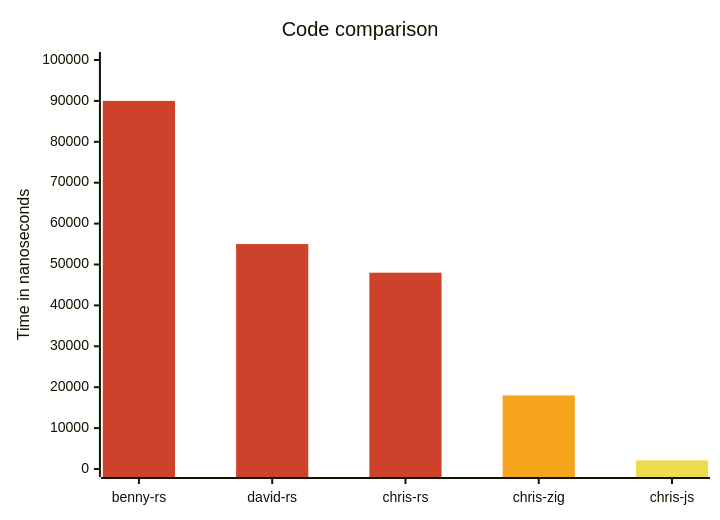
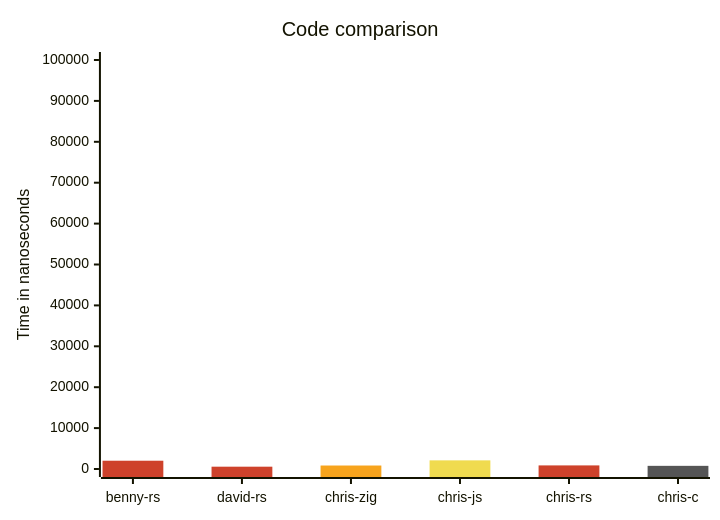
One commit to chris-heathwood/js-faster-than-rust changed the second of 2 diagrams in README.md. Above: the diagram before and after it, drawn with Mermaid. The commit also changed other lines of this file and 8 other files, not shown here.

````diff
--- a/README.md
+++ b/README.md
@@ -70,15 +71,16 @@
 ```mermaid
 ---
 config:
     themeVariables:
         xyChart:
-            plotColorPalette: "#F7A41D,#F0DB4F, #CE422B"
+            plotColorPalette: "#F7A41D, #F0DB4F, #CE422B, #555555"
 ---
 xychart-beta
     title "Code comparison"
-    x-axis [benny-rs, david-rs, chris-rs, chris-zig, chris-js]
+    x-axis [benny-rs, david-rs, chris-zig, chris-js, chris-rs, chris-c]
     y-axis "Time in nanoseconds" 0 --> 100000
-    bar [-10000, -10000, -10000, 18000, -10000]
-    bar [-10000, -10000, -10000, -10000, 2113]
-    bar [90000, 55000, 48000, -10000, -10000]
+    bar [-10000, -10000, 850, -10000, -10000, -10000]
+    bar [-10000, -10000, -10000, 2113, -10000, -10000]
+    bar [2024, 565, -10000, -10000, 879, -10000]
+    bar [-10000, -10000, -10000, -10000, -10000, 770]
 ```
````
